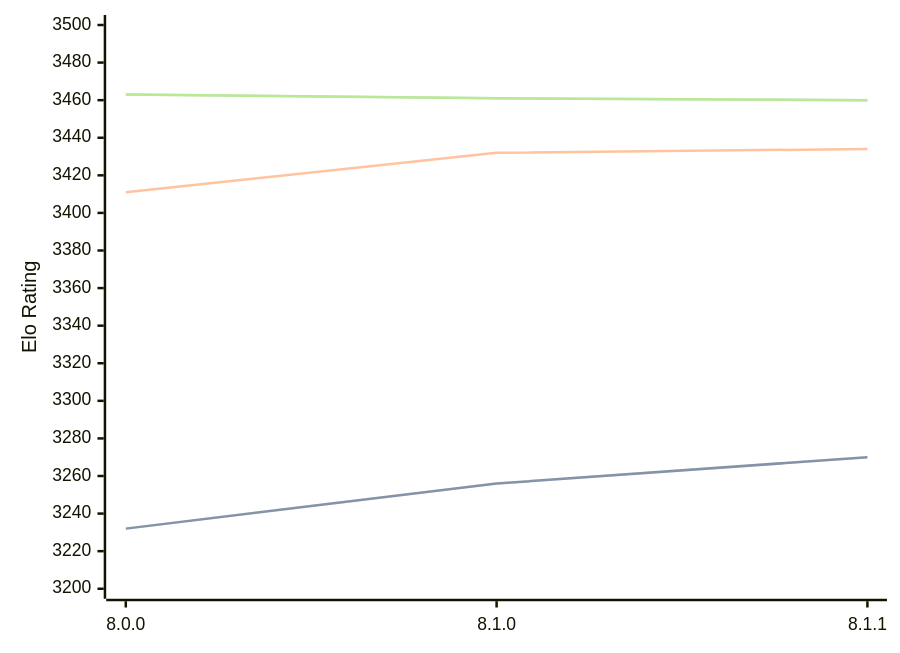
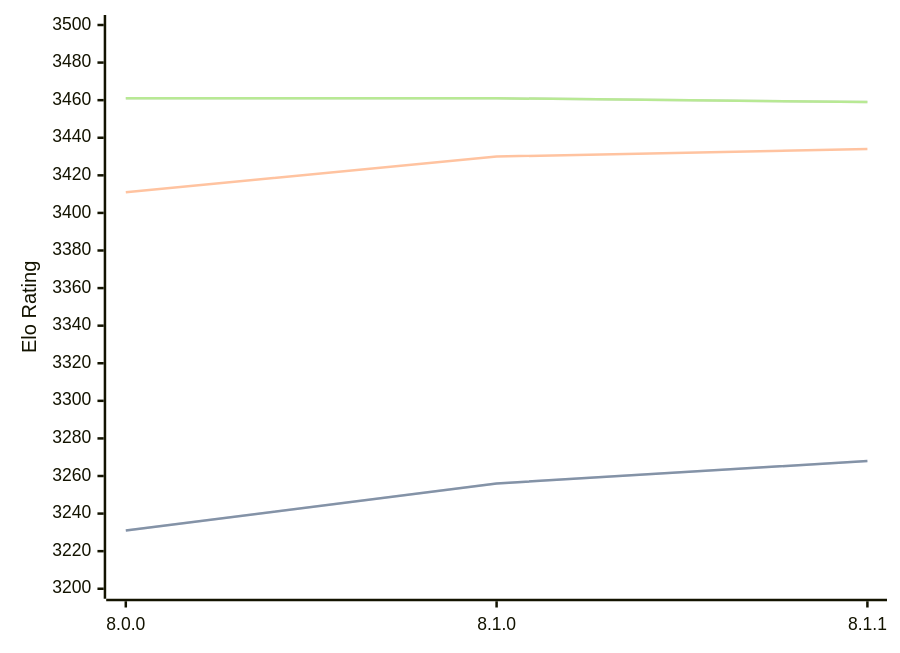
Before and after one commit to computer-chess-index/cci: the third of 3 diagrams in engines/Velvet.md, drawn with Mermaid. The commit also changed other lines of this file, not shown here.

Commit message:
Update CCI Ratings (ELO VLTC) - 2026-07-15

````diff
--- a/engines/Velvet.md
+++ b/engines/Velvet.md
@@ -90,11 +90,11 @@
 ```mermaid
 %%{init: {"theme":"base","themeVariables":{"seriesColors:['#a3a3a3','#222221','#faa371']}}}%%
 xychart-beta
   x-axis ["8.0.0", "8.1.0", "8.1.1"]
   y-axis "Elo Rating" 3200 --> 3500
-  line "STC (8.0+0.08s)" [3232, 3256, 3270]
-  line "STC (8.0+0.08s)" [3232, 3256, 3270]
-  line "LTC (60.0+0.60s)" [3411, 3432, 3434]
-  line "VLTC (2m24s+1.12s)" [3463, 3461, 3460]
-  line "VLTC (2m24s+1.12s)" [3463, 3461, 3460]
+  line "STC (8.0+0.08s)" [3231, 3256, 3268]
+  line "STC (8.0+0.08s)" [3231, 3256, 3268]
+  line "LTC (60.0+0.60s)" [3411, 3430, 3434]
+  line "VLTC (2m24s+1.12s)" [3461, 3461, 3459]
+  line "VLTC (2m24s+1.12s)" [3461, 3461, 3459]
 ```
````
